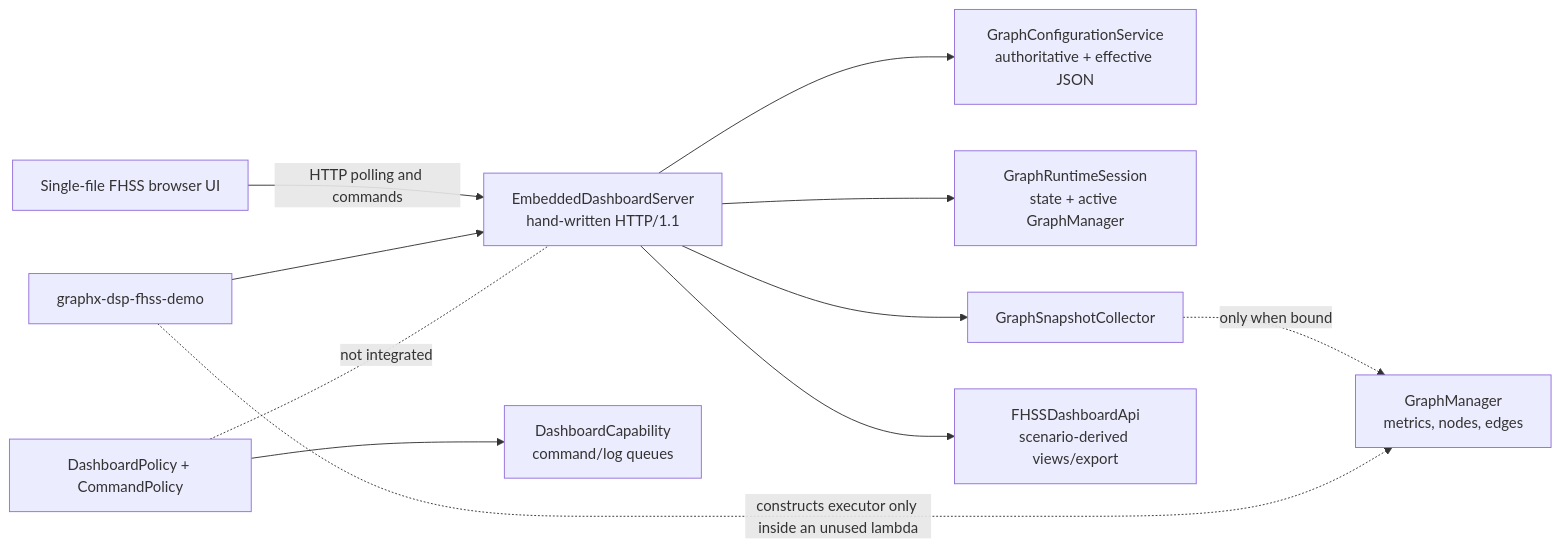
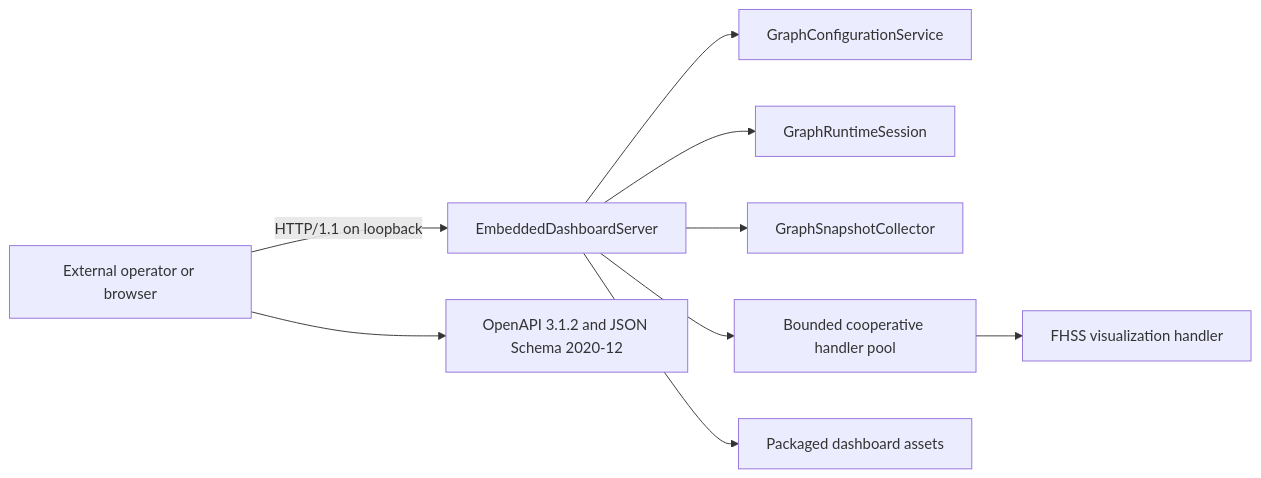
One commit to rklinkhammer/GraphX changed the diagram in docs/graphx_dashboard.md. Above: the diagram before and after it, drawn with Mermaid. The commit also changed other lines of this file and 47 other files, not shown here.

````diff
--- a/docs/graphx_dashboard.md
+++ b/docs/graphx_dashboard.md
@@ -128,24 +18,11 @@
 ```mermaid
 flowchart LR
-    Browser["Single-file FHSS browser UI"]
-    Server["EmbeddedDashboardServer\nhand-written HTTP/1.1"]
-    Config["GraphConfigurationService\nauthoritative + effective JSON"]
-    Session["GraphRuntimeSession\nstate + active GraphManager"]
-    Snapshot["GraphSnapshotCollector"]
-    FHSSAPI["FHSSDashboardApi\nscenario-derived views/export"]
-    Manager["GraphManager\nmetrics, nodes, edges"]
-    Demo["graphx-dsp-fhss-demo"]
-    Capability["DashboardCapability\ncommand/log queues"]
-    Policies["DashboardPolicy + CommandPolicy"]
-
-    Browser -->|"HTTP polling and commands"| Server
-    Server --> Config
-    Server --> Session
-    Server --> Snapshot
-    Server --> FHSSAPI
-    Snapshot -. "only when bound" .-> Manager
-    Demo --> Server
-    Demo -. "constructs executor only inside an unused lambda" .-> Manager
-    Policies --> Capability
-    Policies -. "not integrated" .- Server
+  Operator["External operator or browser"] -->|"HTTP/1.1 on loopback"| Server["EmbeddedDashboardServer"]
+  Server --> Config["GraphConfigurationService"]
+  Server --> Runtime["GraphRuntimeSession"]
+  Server --> Snapshots["GraphSnapshotCollector"]
+  Server --> Pool["Bounded cooperative handler pool"]
+  Pool --> FHSS["FHSS visualization handler"]
+  Server --> Assets["Packaged dashboard assets"]
+  Operator --> Contracts["OpenAPI 3.1.2 and JSON Schema 2020-12"]
 ```
````
